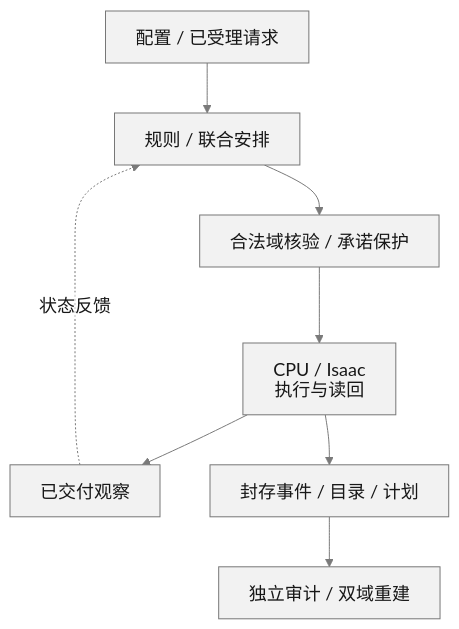
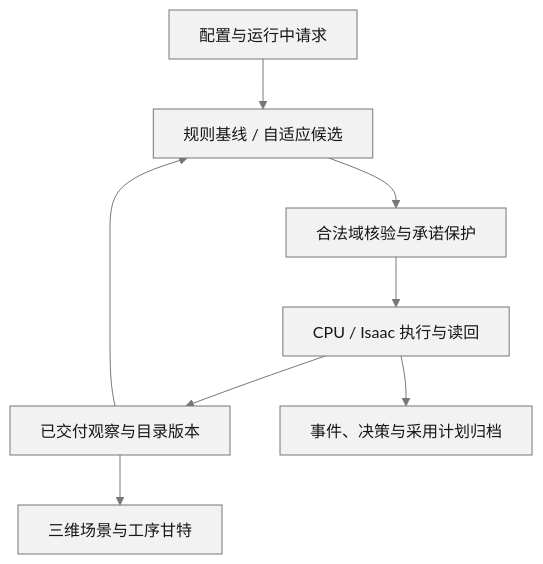
Before and after one commit to delongwangshu49-hub/adaptive-hrc-scheduling: the first of 2 diagrams in README.md, drawn with Mermaid. The commit also changed other lines of this file and 175 other files, not shown here.

````diff
--- a/README.md
+++ b/README.md
@@ -107,13 +95,13 @@
 ```mermaid
-%%{init: {"theme":"base","themeVariables":{"primaryColor":"#f2f2f2","primaryTextColor":"#171717","primaryBorderColor":"#777777","secondaryColor":"#f2f2f2","tertiaryColor":"#f2f2f2","lineColor":"#7a7a7a","edgeLabelBackground":"#ffffff","fontSize":"18px"},"flowchart":{"htmlLabels":false,"useMaxWidth":true,"wrappingWidth":180},"htmlLabels":false,"look":"classic"}}%%
+%%{init: {"theme":"base","htmlLabels":false,"themeVariables":{"primaryColor":"#f2f2f2","primaryTextColor":"#171717","primaryBorderColor":"#777777","lineColor":"#777777","fontSize":"16px"},"flowchart":{"htmlLabels":false,"useMaxWidth":true}}}%%
 flowchart TB
-    I["配置 / 已受理请求"] --> P["规则 / 联合安排"]
-    P --> V["合法域核验 / 承诺保护"]
-    V --> E["CPU / Isaac 执行与读回"]
-    E --> O["已交付观察"]
-    O -. 状态反馈 .-> P
-    E --> F["封存事件 / 目录 / 计划"]
-    F --> A["独立审计 / 双域重建"]
+    C[配置与运行中请求] --> S[规则基线 / 自适应候选]
+    S --> V[合法域核验与承诺保护]
+    V --> E[CPU / Isaac 执行与读回]
+    E --> O[已交付观察与目录版本]
+    O --> S
+    O --> W[三维场景与工序甘特]
+    E --> A[事件、决策与采用计划归档]
     classDef default fill:#f2f2f2,stroke:#777777,color:#171717
-    linkStyle default stroke:#7a7a7a
+    linkStyle default stroke:#777777
 ```
````
